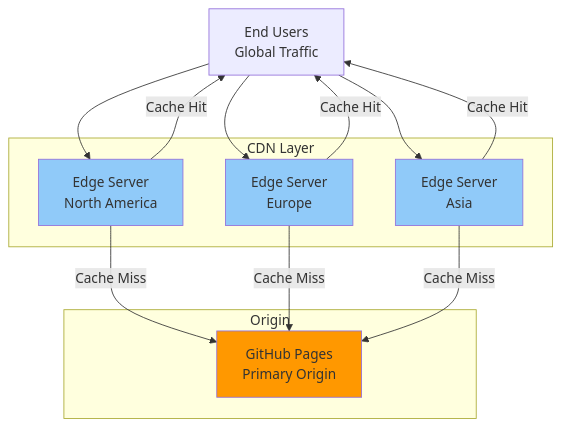
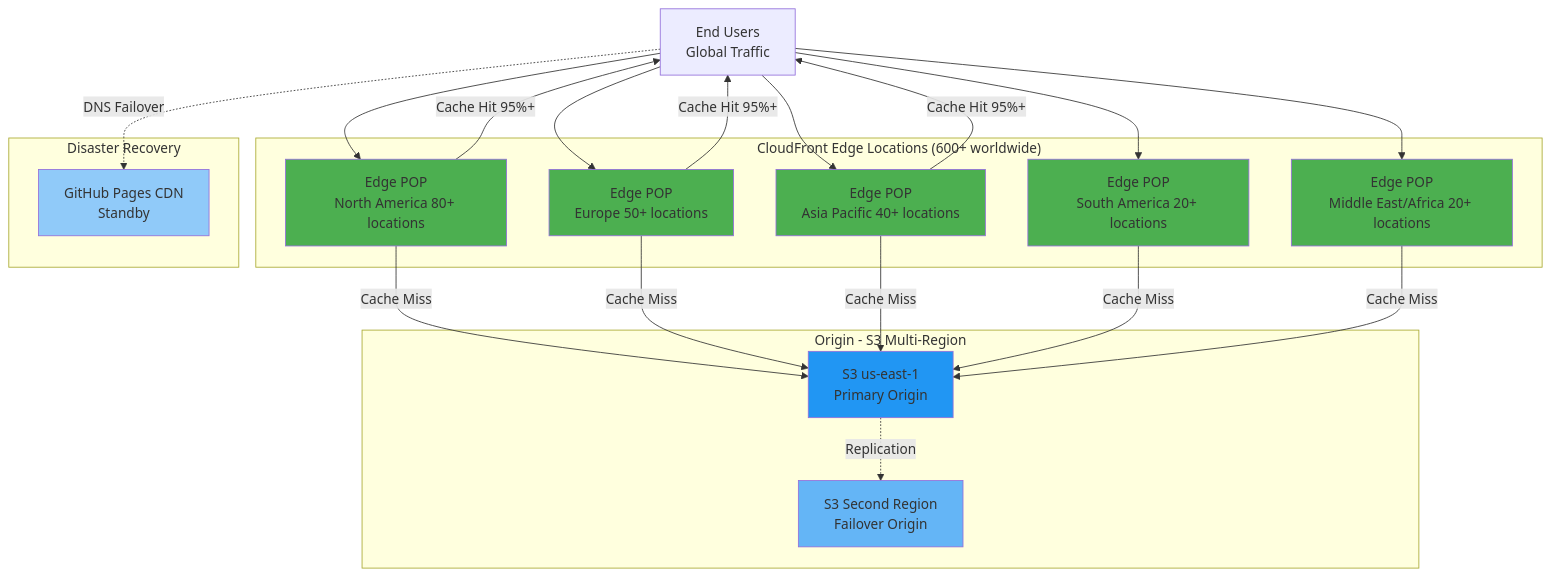
One commit to Hack23/riksdagsmonitor changed the ninth of 11 diagrams in ARCHITECTURE.md. Above: the diagram before and after it, drawn with Mermaid. The commit also changed other lines of this file and 1 other file, not shown here.

Commit message:
Add BCPPlan.md and update ARCHITECTURE.md for AWS dual-deployment

````diff
--- a/ARCHITECTURE.md
+++ b/ARCHITECTURE.md
@@ -404,31 +447,50 @@
 ```mermaid
 graph TB
     Users[End Users<br/>Global Traffic]
     
-    subgraph "CDN Layer"
-        Edge1[Edge Server<br/>North America]
-        Edge2[Edge Server<br/>Europe]
-        Edge3[Edge Server<br/>Asia]
+    subgraph "CloudFront Edge Locations (600+ worldwide)"
+        Edge1[Edge POP<br/>North America 80+ locations]
+        Edge2[Edge POP<br/>Europe 50+ locations]
+        Edge3[Edge POP<br/>Asia Pacific 40+ locations]
+        Edge4[Edge POP<br/>South America 20+ locations]
+        Edge5[Edge POP<br/>Middle East/Africa 20+ locations]
     end
     
-    subgraph "Origin"
-        GitHub[GitHub Pages<br/>Primary Origin]
+    subgraph "Origin - S3 Multi-Region"
+        S3Primary[S3 us-east-1<br/>Primary Origin]
+        S3Secondary[S3 Second Region<br/>Failover Origin]
+    end
+    
+    subgraph "Disaster Recovery"
+        GHCDN[GitHub Pages CDN<br/>Standby]
     end
     
     Users --> Edge1
     Users --> Edge2
     Users --> Edge3
+    Users --> Edge4
+    Users --> Edge5
     
-    Edge1 -->|Cache Miss| GitHub
-    Edge2 -->|Cache Miss| GitHub
-    Edge3 -->|Cache Miss| GitHub
+    Edge1 -->|Cache Miss| S3Primary
+    Edge2 -->|Cache Miss| S3Primary
+    Edge3 -->|Cache Miss| S3Primary
+    Edge4 -->|Cache Miss| S3Primary
+    Edge5 -->|Cache Miss| S3Primary
     
-    Edge1 -->|Cache Hit| Users
-    Edge2 -->|Cache Hit| Users
-    Edge3 -->|Cache Hit| Users
+    S3Primary -.->|Replication| S3Secondary
     
-    style GitHub fill:#ff9800
-    style Edge1 fill:#90caf9
-    style Edge2 fill:#90caf9
-    style Edge3 fill:#90caf9
+    Edge1 -->|Cache Hit 95%+| Users
+    Edge2 -->|Cache Hit 95%+| Users
+    Edge3 -->|Cache Hit 95%+| Users
+    
+    Users -.->|DNS Failover| GHCDN
+    
+    style S3Primary fill:#2196f3
+    style S3Secondary fill:#64b5f6
+    style Edge1 fill:#4caf50
+    style Edge2 fill:#4caf50
+    style Edge3 fill:#4caf50
+    style Edge4 fill:#4caf50
+    style Edge5 fill:#4caf50
+    style GHCDN fill:#90caf9
 ```
````
